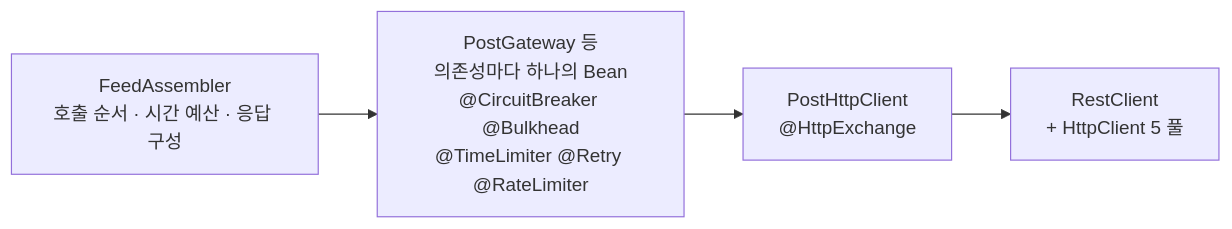
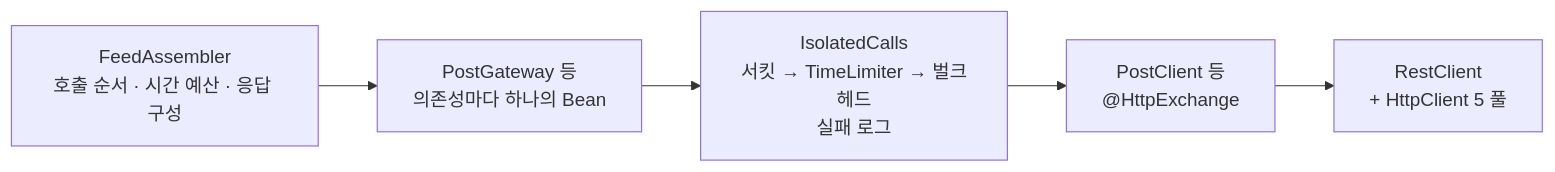
Before and after one commit to Vryez11/Weave: the third of 3 diagrams in docs/architecture.md, drawn with Mermaid. The commit also changed other lines of this file and 2 other files, not shown here.

First line of the commit message:
docs(architecture): 하위 서비스 호출 격리를 IsolatedCalls 한 곳에서 감싸는 구현에 맞춘다 (F-001)

````diff
--- a/docs/architecture.md
+++ b/docs/architecture.md
@@ -178,6 +178,7 @@
 ```mermaid
 flowchart LR
-    asm["FeedAssembler<br/>호출 순서 · 시간 예산 · 응답 구성"] --> gw["PostGateway 등<br/>의존성마다 하나의 Bean<br/>@CircuitBreaker @Bulkhead<br/>@TimeLimiter @Retry @RateLimiter"]
-    gw --> http["PostHttpClient<br/>@HttpExchange"]
+    asm["FeedAssembler<br/>호출 순서 · 시간 예산 · 응답 구성"] --> gw["PostGateway 등<br/>의존성마다 하나의 Bean"]
+    gw --> iso["IsolatedCalls<br/>서킷 → TimeLimiter → 벌크헤드<br/>실패 로그"]
+    iso --> http["PostClient 등<br/>@HttpExchange"]
     http --> rc["RestClient<br/>+ HttpClient 5 풀"]
 ```
````
